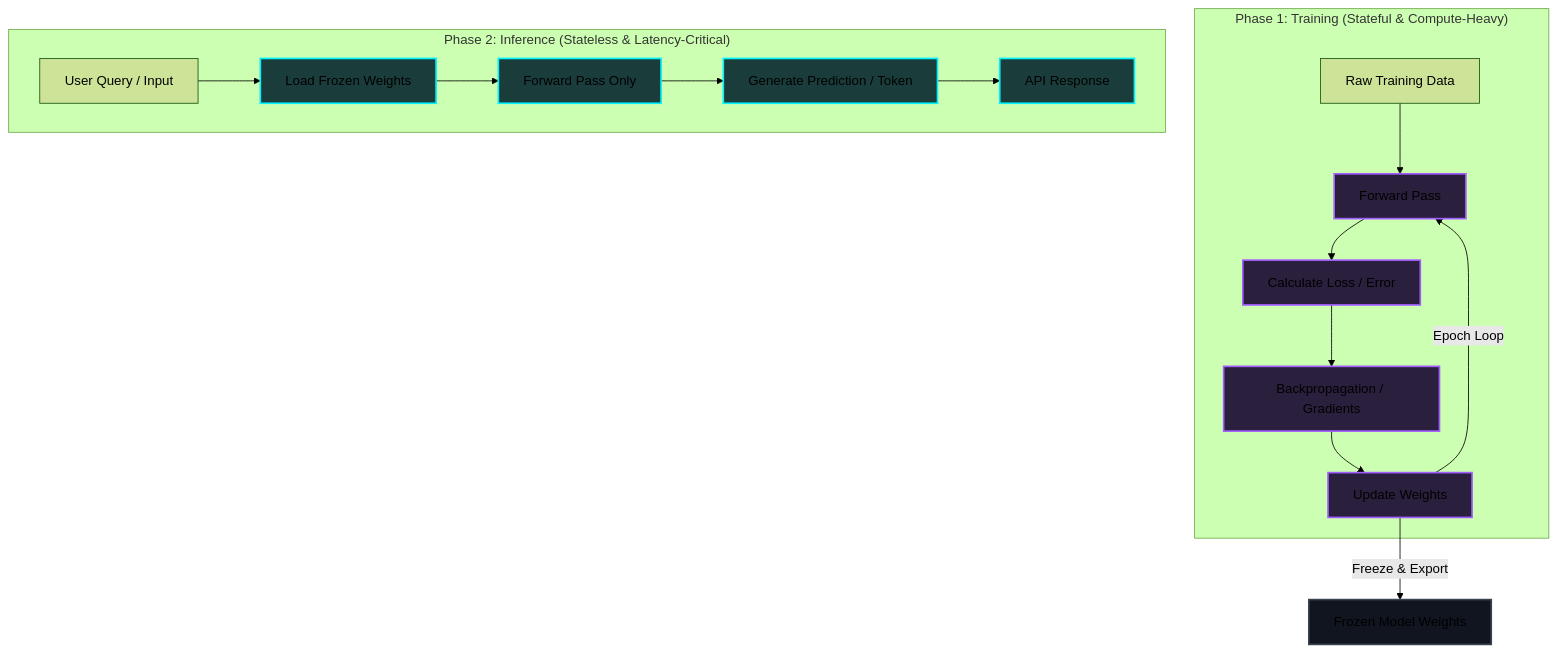
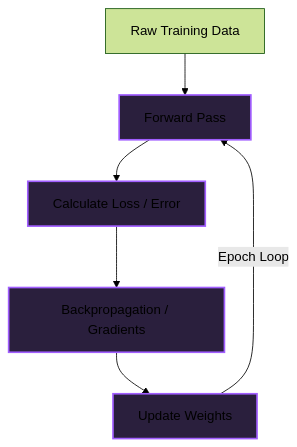
One commit to narenandu/narenvadapalli_dot_com changed the first of 2 diagrams in contents/blog/0043-training-vs-inference-lifecycle/index.md. Above: the diagram before and after it, drawn with Mermaid (forest theme). The commit also changed other lines of this file and 22 other files, not shown here.

Commit message:
fix(blog): resolve side-by-side Mermaid diagrams, KaTeX math formatting, and alert tags across all blogs

````diff
--- a/contents/blog/0043-training-vs-inference-lifecycle/index.md
+++ b/contents/blog/0043-training-vs-inference-lifecycle/index.md
@@ -30,30 +32,11 @@
 ```mermaid
-graph TD
-    %% Training Phase
-    subgraph Training ["Phase 1: Training (Stateful & Compute-Heavy)"]
-        A[Raw Training Data] --> B[Forward Pass]
-        B --> C[Calculate Loss / Error]
-        C --> D[Backpropagation / Gradients]
-        D --> E[Update Weights]
-        E -->|Epoch Loop| B
-    end
-
-    %% Transition
-    E -->|Freeze & Export| F[Frozen Model Weights]
-
-    %% Serving/Inference Phase
-    subgraph Inference ["Phase 2: Inference (Stateless & Latency-Critical)"]
-        G[User Query / Input] --> H[Load Frozen Weights]
-        H --> I[Forward Pass Only]
-        I --> J[Generate Prediction / Token]
-        J --> K[API Response]
-    end
+flowchart TD
+    A[Raw Training Data] --> B[Forward Pass]
+    B --> C[Calculate Loss / Error]
+    C --> D[Backpropagation / Gradients]
+    D --> E[Update Weights]
+    E -->|Epoch Loop| B
 
     classDef training fill:#2a1f3d,stroke:#a15eff,stroke-width:2px;
-    classDef inference fill:#1a3d3c,stroke:#00f2fe,stroke-width:2px;
-    classDef weights fill:#111520,stroke:#3b4252,stroke-width:2px;
-    
     class B,C,D,E training;
-    class H,I,J,K inference;
-    class F weights;
 ```
````
